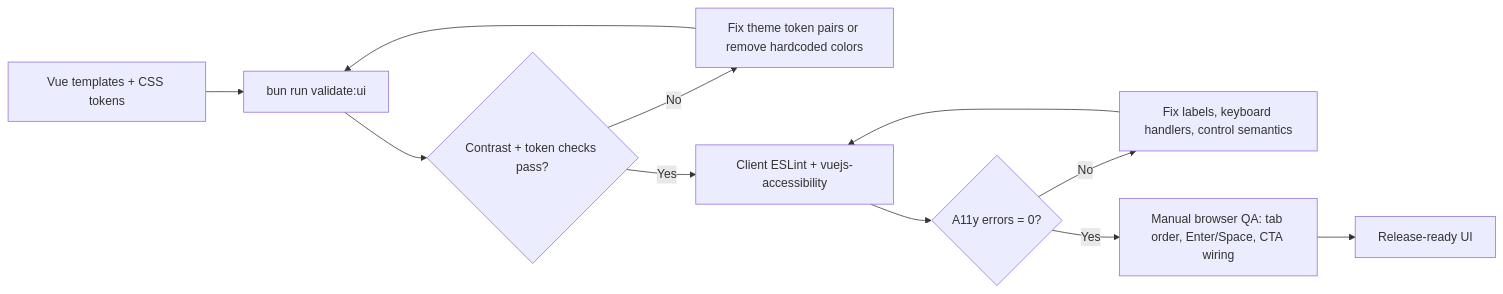
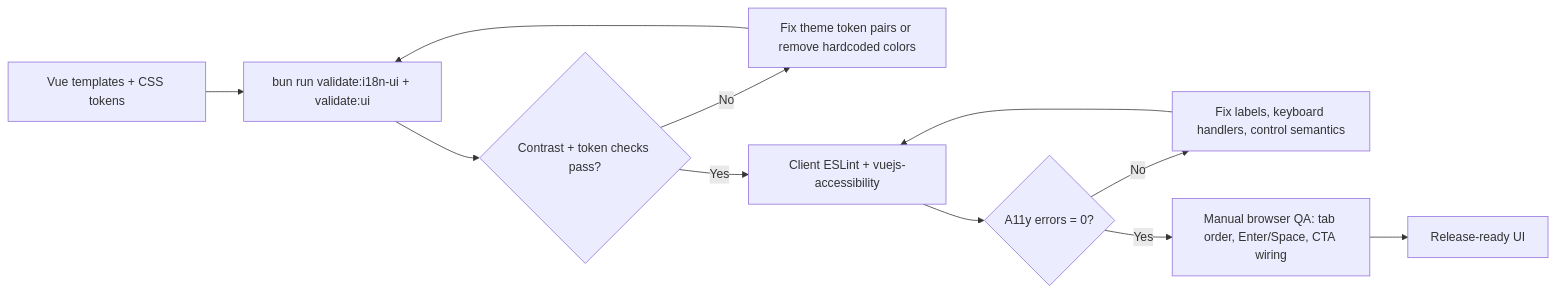
The second of 2 diagrams in README.md (d4551/baobuildbuddy), drawn with Mermaid before and after one commit. The commit also changed other lines of this file and 103 other files, not shown here.

````diff
--- a/README.md
+++ b/README.md
@@ -980,13 +994,13 @@
 ```mermaid
 flowchart LR
-  Templates["Vue templates + CSS tokens"] --> UIValidate["bun run validate:ui"]
+  Templates["Vue templates + CSS tokens"] --> UIValidate["bun run validate:i18n-ui + validate:ui"]
   UIValidate --> UIState{"Contrast + token checks pass?"}
   UIState -->|No| UIFixes["Fix theme token pairs or remove hardcoded colors"]
   UIFixes --> UIValidate
   UIState -->|Yes| A11yLint["Client ESLint + vuejs-accessibility"]
   A11yLint --> LintState{"A11y errors = 0?"}
   LintState -->|No| Fixes["Fix labels, keyboard handlers, control semantics"]
   Fixes --> A11yLint
   LintState -->|Yes| BrowserQA["Manual browser QA: tab order, Enter/Space, CTA wiring"]
   BrowserQA --> Ready["Release-ready UI"]
 ```
````
